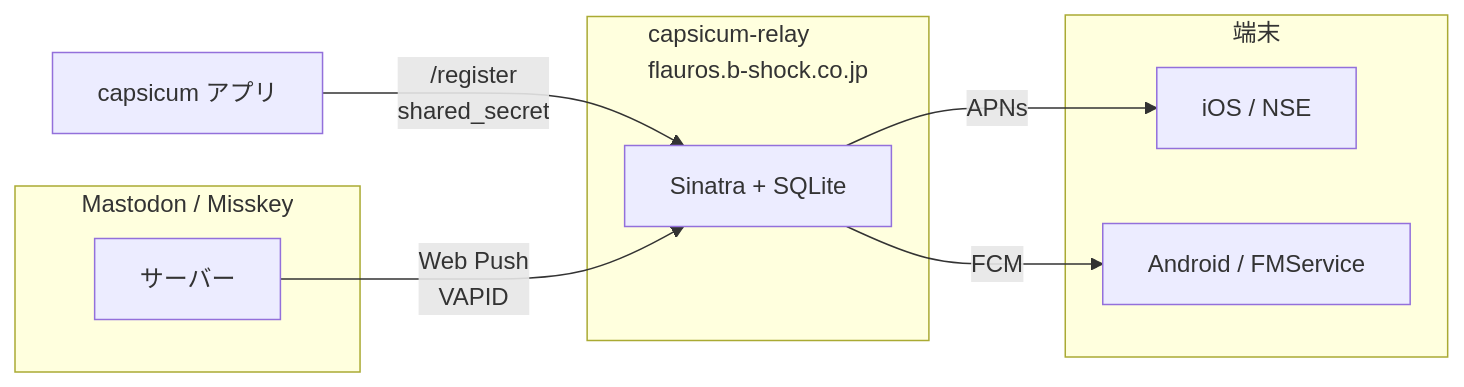
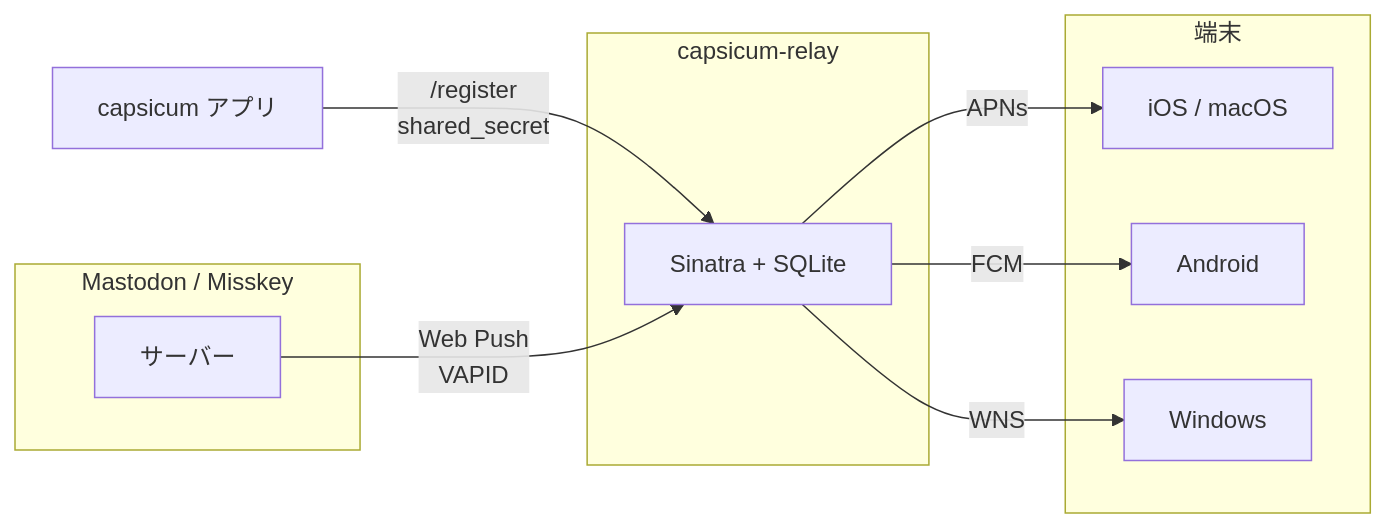
One commit to pooza/capsicum-relay changed the first of 3 diagrams in docs/CLAUDE.md. Above: the diagram before and after it, drawn with Mermaid. The commit also changed other lines of this file and 2 other files, not shown here.

````diff
--- a/docs/CLAUDE.md
+++ b/docs/CLAUDE.md
@@ -15,17 +26,19 @@
 ```mermaid
 flowchart LR
   subgraph sns[Mastodon / Misskey]
     srv[サーバー]
   end
-  subgraph relay[capsicum-relay<br/>flauros.b-shock.co.jp]
+  subgraph relay[capsicum-relay]
     app[Sinatra + SQLite]
   end
   subgraph device[端末]
-    ios[iOS / NSE]
-    android[Android / FMService]
+    ios[iOS / macOS]
+    android[Android]
+    windows[Windows]
   end
   client[capsicum アプリ] -- /register<br/>shared_secret --> app
   srv -- Web Push<br/>VAPID --> app
   app -- APNs --> ios
   app -- FCM --> android
+  app -- WNS --> windows
 ```
````
